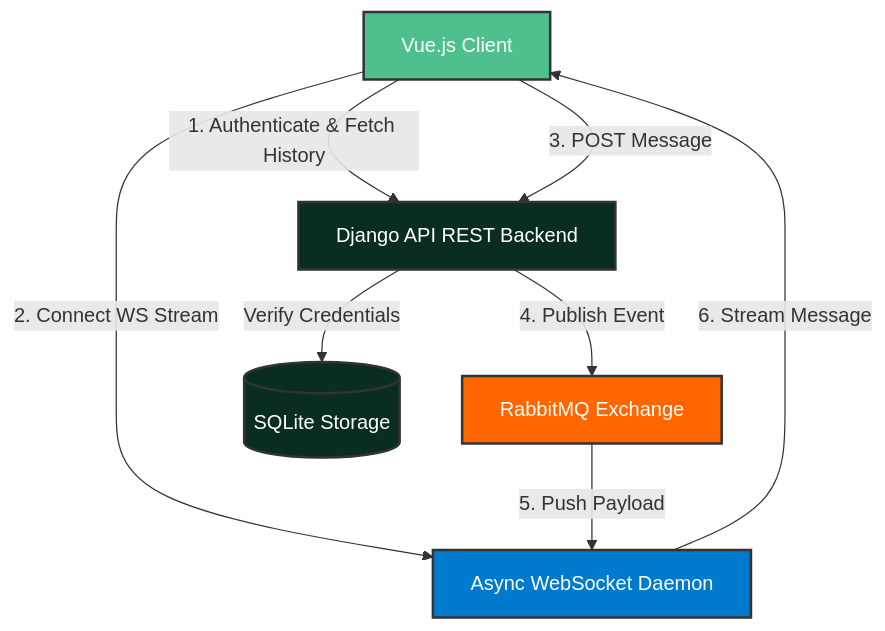
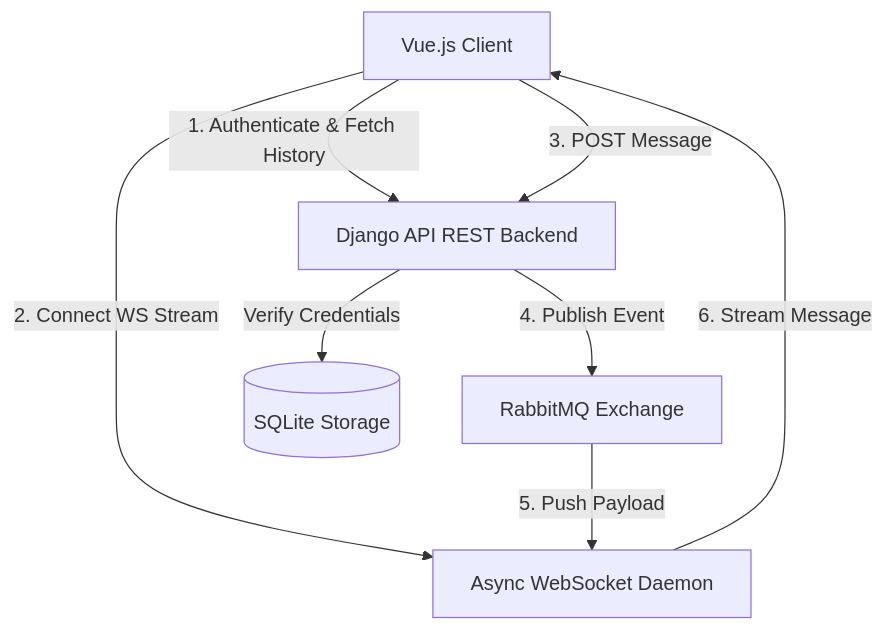
Before and after one commit to ankanz1/Chatire: the diagram in README.md, drawn with Mermaid. The commit also changed other lines of this file, not shown here.

````diff
--- a/README.md
+++ b/README.md
@@ -36,24 +36,19 @@
 ```mermaid
 graph TD
-    %% Styling
-    classDef client fill:#4FC08D,stroke:#333,stroke-width:2px,color:#fff;
-    classDef api fill:#092E20,stroke:#333,stroke-width:2px,color:#fff;
-    classDef broker fill:#FF6600,stroke:#333,stroke-width:2px,color:#fff;
-    classDef socket fill:#007ACC,stroke:#333,stroke-width:2px,color:#fff;
 
     %% Nodes
     Vue[Vue.js Client]:::client
     Django[Django API REST Backend]:::api
     Rabbit[RabbitMQ Exchange]:::broker
     WS[Async WebSocket Daemon]:::socket
     DB[(SQLite Storage)]:::api
 
     %% Flows
     Vue -->|1. Authenticate & Fetch History| Django
     Django -->|Verify Credentials| DB
     Vue -->|2. Connect WS Stream| WS
     Vue -->|3. POST Message| Django
     Django -->|4. Publish Event| Rabbit
     Rabbit -->|5. Push Payload| WS
     WS -->|6. Stream Message| Vue
 ```
````
